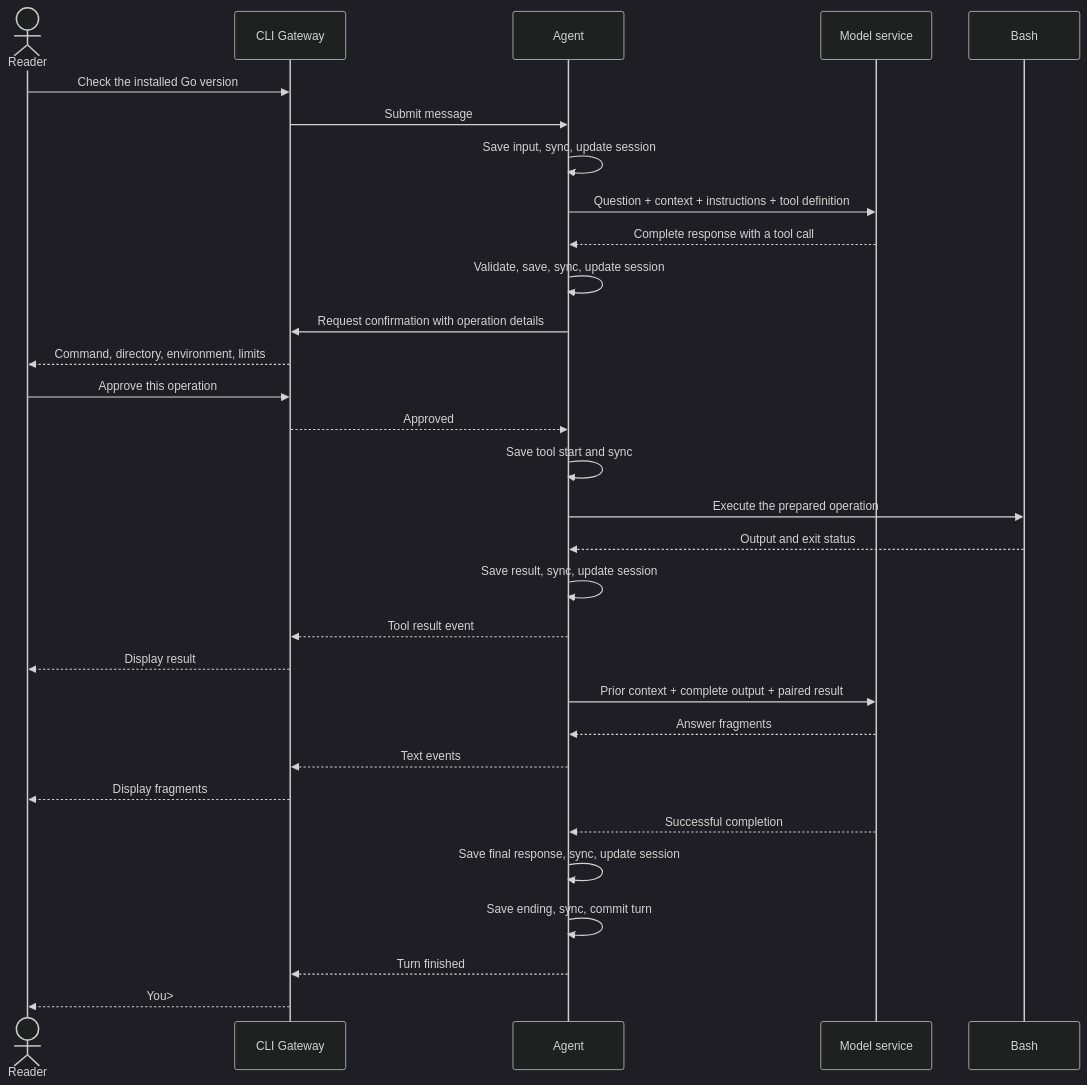
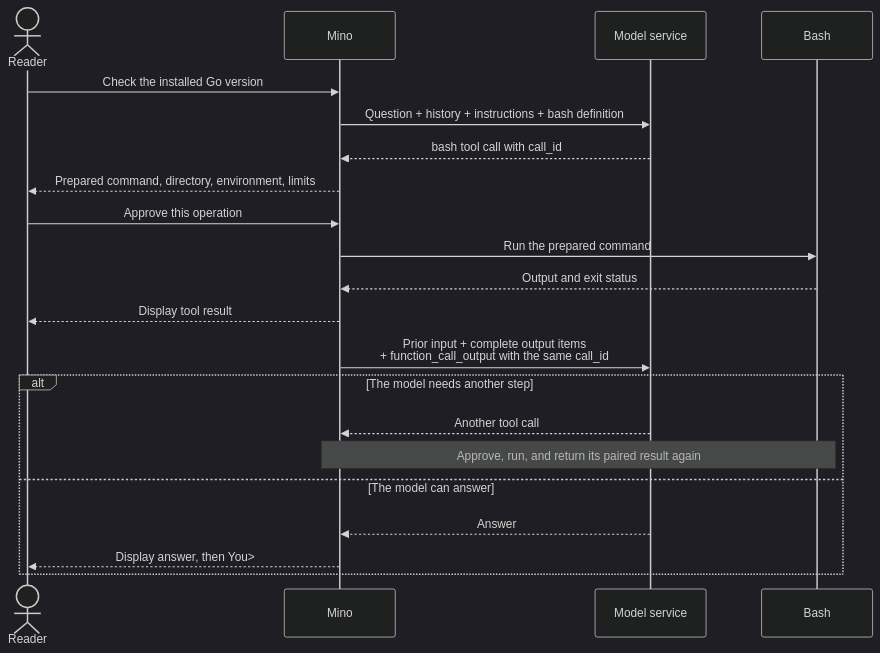
One commit to qshine/mino changed the first of 2 diagrams in docs/books/en/chapters/03-tools-and-bash.md. Above: the diagram before and after it, drawn with Mermaid (dark theme). The commit also changed other lines of this file and 3 other files, not shown here.

````diff
--- a/docs/books/en/chapters/03-tools-and-bash.md
+++ b/docs/books/en/chapters/03-tools-and-bash.md
@@ -49,35 +47,25 @@
 ```mermaid
 sequenceDiagram
-    accTitle: Gateway interaction and Agent execution in one turn
-    accDescr: The CLI Gateway passes a question to the Agent and displays its events. The Agent saves input and complete responses before committing session state, requests approval through the Gateway, runs Bash after saving its start, and saves the result before the next model request.
+    accTitle: One Agent loop with a Bash tool call
+    accDescr: The reader asks a question. Mino sends it to the model service with history, instructions, and the bash definition. The model returns a tool call with a call_id. Mino shows the prepared command, runs it in Bash after approval, displays the result, and sends the paired result back. The model then either requests another tool or returns the final answer.
     actor User as Reader
-    participant CLI as CLI Gateway
-    participant Agent as Agent
+    participant Mino as Mino
     participant API as Model service
     participant Bash as Bash
-    User->>CLI: Check the installed Go version
-    CLI->>Agent: Submit message
-    Agent->>Agent: Save input, sync, update session
-    Agent->>API: Question + context + instructions + tool definition
-    API-->>Agent: Complete response with a tool call
-    Agent->>Agent: Validate, save, sync, update session
-    Agent->>CLI: Request confirmation with operation details
-    CLI-->>User: Command, directory, environment, limits
-    User->>CLI: Approve this operation
-    CLI-->>Agent: Approved
-    Agent->>Agent: Save tool start and sync
-    Agent->>Bash: Execute the prepared operation
-    Bash-->>Agent: Output and exit status
-    Agent->>Agent: Save result, sync, update session
-    Agent-->>CLI: Tool result event
-    CLI-->>User: Display result
-    Agent->>API: Prior context + complete output + paired result
-    API-->>Agent: Answer fragments
-    Agent-->>CLI: Text events
-    CLI-->>User: Display fragments
-    API-->>Agent: Successful completion
-    Agent->>Agent: Save final response, sync, update session
-    Agent->>Agent: Save ending, sync, commit turn
-    Agent-->>CLI: Turn finished
-    CLI-->>User: You>
+    User->>Mino: Check the installed Go version
+    Mino->>API: Question + history + instructions + bash definition
+    API-->>Mino: bash tool call with call_id
+    Mino-->>User: Prepared command, directory, environment, limits
+    User->>Mino: Approve this operation
+    Mino->>Bash: Run the prepared command
+    Bash-->>Mino: Output and exit status
+    Mino-->>User: Display tool result
+    Mino->>API: Prior input + complete output items<br/>+ function_call_output with the same call_id
+    alt The model needs another step
+        API-->>Mino: Another tool call
+        Note over Mino,Bash: Approve, run, and return its paired result again
+    else The model can answer
+        API-->>Mino: Answer
+        Mino-->>User: Display answer, then You>
+    end
 ```
````
